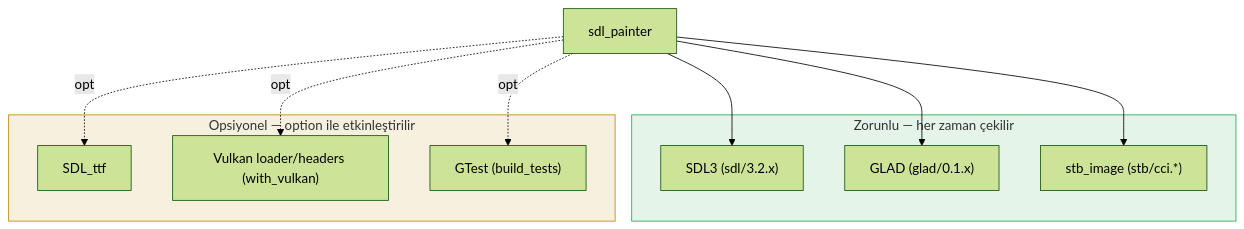
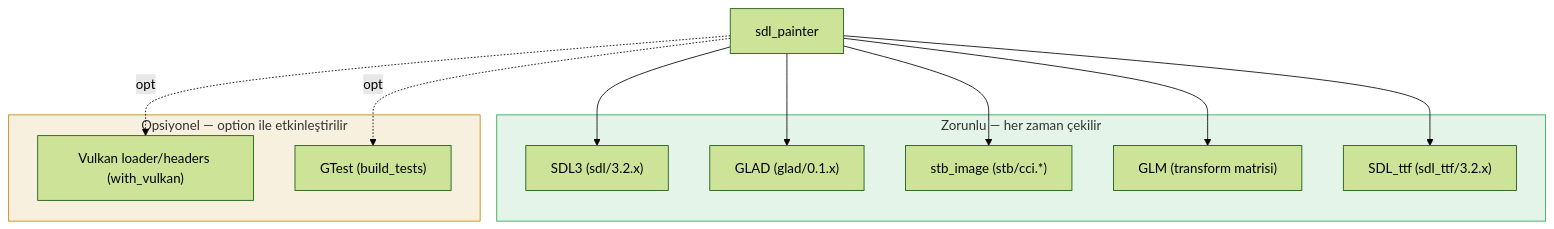
One commit to yazilimperver/sdl-painter changed the fourth of 4 diagrams in doc/mimari-genel-bakis.md. Above: the diagram before and after it, drawn with Mermaid (forest theme). The commit also changed other lines of this file and 40 other files, not shown here.

````diff
--- a/doc/mimari-genel-bakis.md
+++ b/doc/mimari-genel-bakis.md
@@ -239,26 +240,28 @@
 ```mermaid
 graph TB
     Painter["sdl_painter"]
 
     subgraph zorunlu["Zorunlu — her zaman çekilir"]
         SDL3["SDL3 (sdl/3.2.x)"]
         GLAD["GLAD (glad/0.1.x)"]
         STB["stb_image (stb/cci.*)"]
+        GLM["GLM (transform matrisi)"]
+        TTF["SDL_ttf (sdl_ttf/3.2.x)"]
     end
 
     subgraph ops["Opsiyonel — option ile etkinleştirilir"]
-        TTF["SDL_ttf"]
         VK["Vulkan loader/headers (with_vulkan)"]
         GTEST["GTest (build_tests)"]
     end
 
     Painter --> SDL3
     Painter --> GLAD
     Painter --> STB
-    Painter -.opt.-> TTF
+    Painter --> GLM
+    Painter --> TTF
     Painter -.opt.-> VK
     Painter -.opt.-> GTEST
 
     style zorunlu fill:#2da44e20,stroke:#2da44e
     style ops fill:#bf870020,stroke:#bf8700
 ```
````
